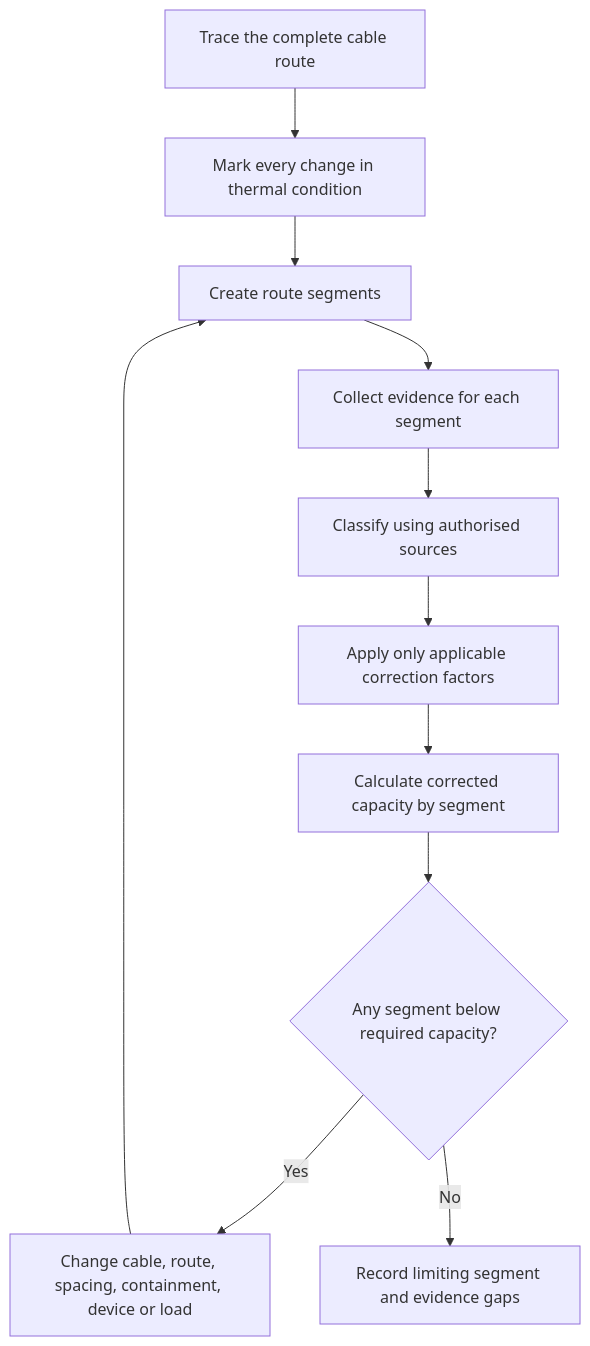
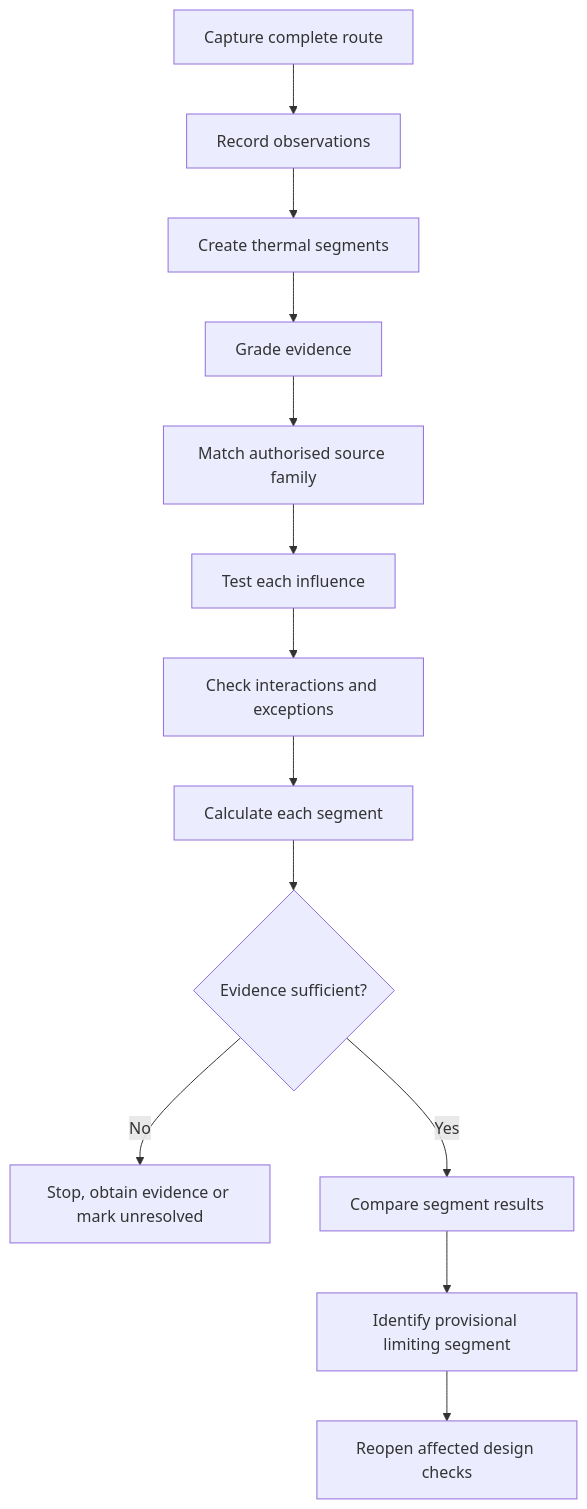
Before and after one commit to andrew3stedall/capstone: the first of 2 diagrams in docs/learning-plans/4-week/modules/day-10-installation-conditions-and-derating.md, drawn with Mermaid. The commit also changed other lines of this file, not shown here.

````diff
--- a/docs/learning-plans/4-week/modules/day-10-installation-conditions-and-derating.md
+++ b/docs/learning-plans/4-week/modules/day-10-installation-conditions-and-derating.md
@@ -130,13 +152,15 @@
 ```mermaid
 flowchart TD
-    A["Trace the complete cable route"] --> B["Mark every change in thermal condition"]
-    B --> C["Create route segments"]
-    C --> D["Collect evidence for each segment"]
-    D --> E["Classify using authorised sources"]
-    E --> F["Apply only applicable correction factors"]
-    F --> G["Calculate corrected capacity by segment"]
-    G --> H{"Any segment below required capacity?"}
-    H -->|"Yes"| I["Change cable, route, spacing, containment, device or load"]
-    I --> C
-    H -->|"No"| J["Record limiting segment and evidence gaps"]
+    A["Capture complete route"] --> B["Record observations"]
+    B --> C["Create thermal segments"]
+    C --> D["Grade evidence"]
+    D --> E["Match authorised source family"]
+    E --> F["Test each influence"]
+    F --> G["Check interactions and exceptions"]
+    G --> H["Calculate each segment"]
+    H --> I{"Evidence sufficient?"}
+    I -->|No| J["Stop, obtain evidence or mark unresolved"]
+    I -->|Yes| K["Compare segment results"]
+    K --> L["Identify provisional limiting segment"]
+    L --> M["Reopen affected design checks"]
 ```
````
